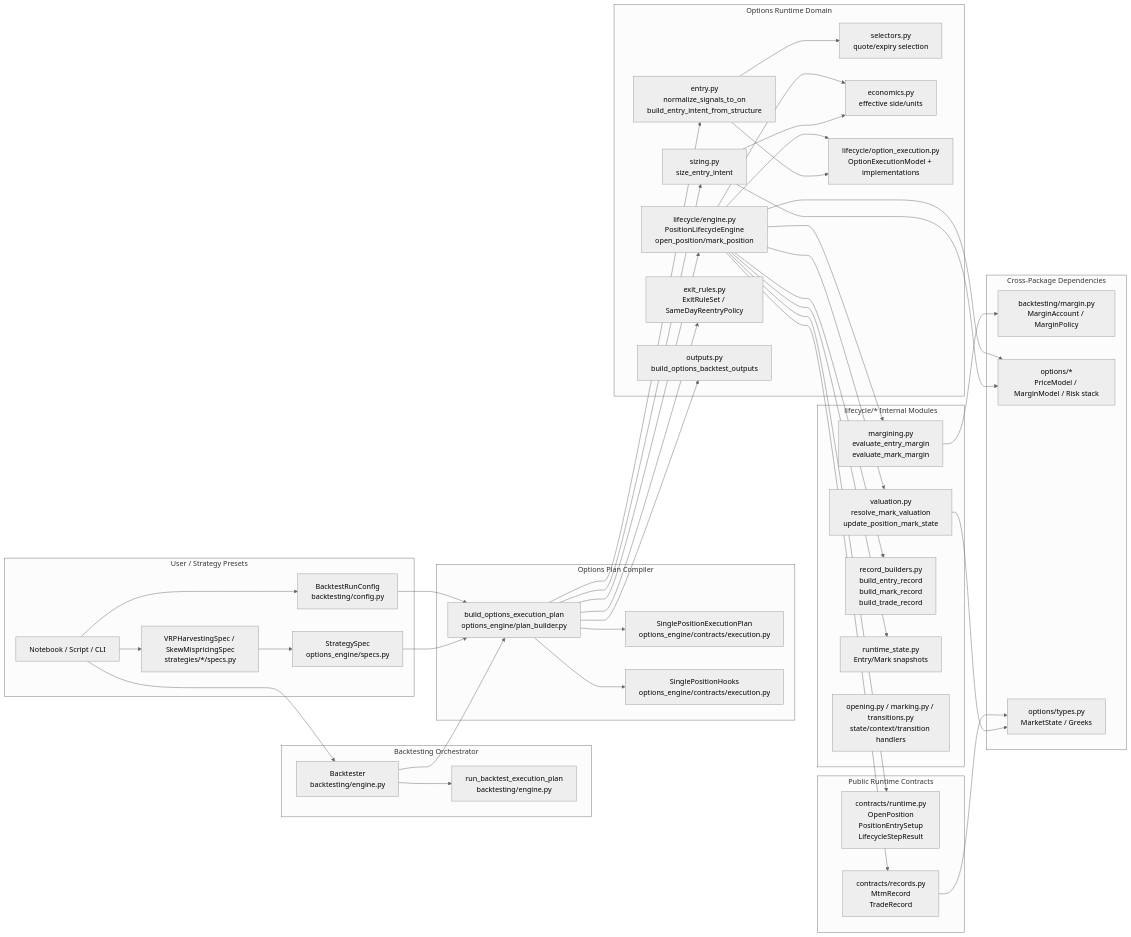
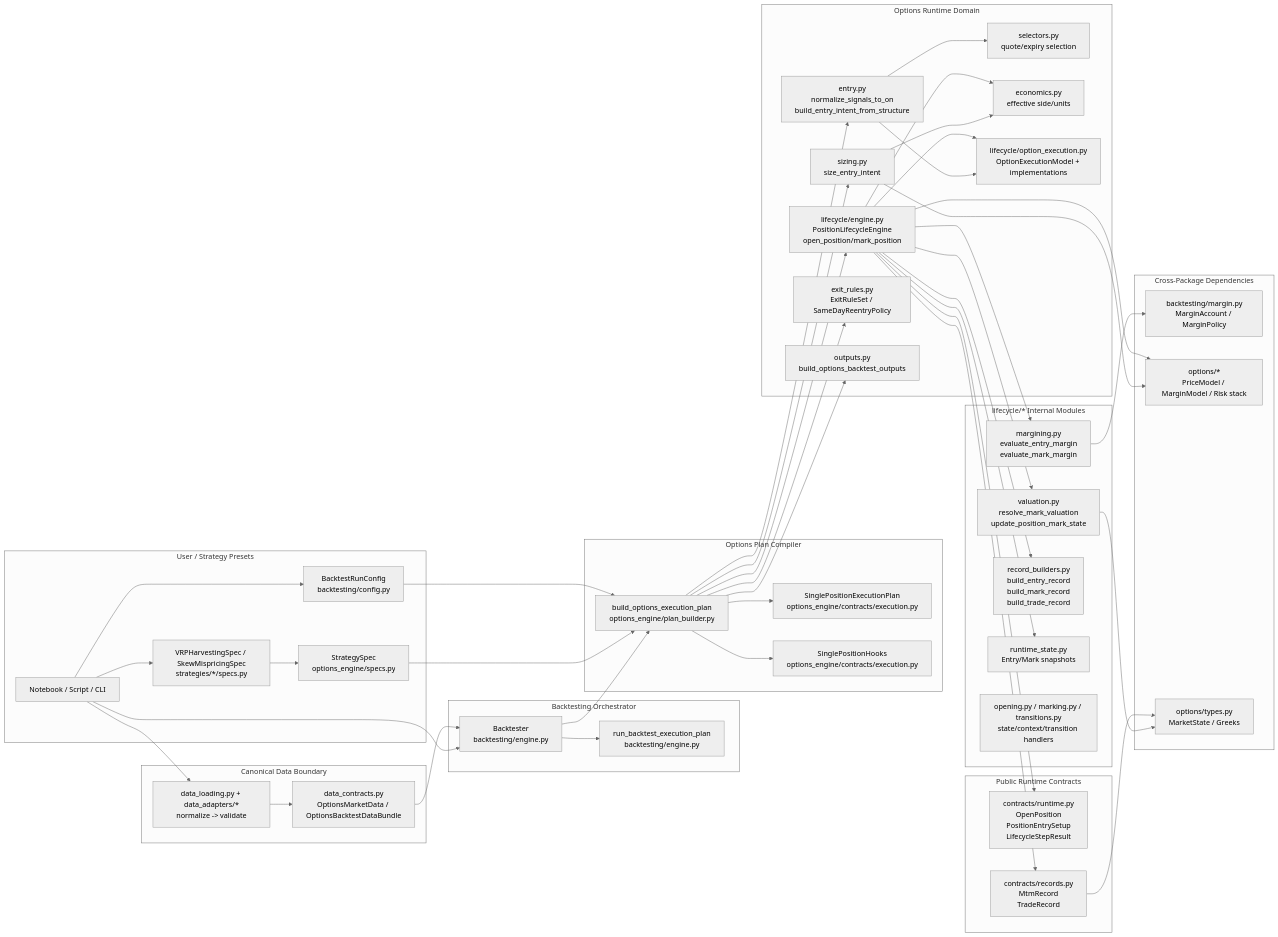
The first of 6 diagrams in docs/reference/backtesting/architecture_internals.md (anthonymakarewicz/volatility-trading), drawn with Mermaid (neutral theme) before and after one commit. The commit also changed other lines of this file and 5 other files, not shown here.

First line of the commit message:
docs: align backtesting architecture, workflows, and contributor guidance (#27)

```diff
--- a/docs/reference/backtesting/architecture_internals.md
+++ b/docs/reference/backtesting/architecture_internals.md
@@ -31,6 +31,11 @@
         U2[VRPHarvestingSpec / SkewMispricingSpec\nstrategies/*/specs.py]
         U3[StrategySpec\noptions_engine/specs.py]
         U4[BacktestRunConfig\nbacktesting/config.py]
+    end
+
+    subgraph DataBoundary[Canonical Data Boundary]
+        D1[data_loading.py + data_adapters/*\nnormalize -> validate]
+        D2[data_contracts.py\nOptionsMarketData / OptionsBacktestDataBundle]
     end
 
     subgraph Orchestrator[Backtesting Orchestrator]
@@ -76,7 +81,9 @@
 
     U1 --> U2 --> U3
     U1 --> U4
+    U1 --> D1 --> D2
     U1 --> O1
+    D2 --> O1
     O1 --> P1
     O1 --> O2
     U3 --> P1
```
